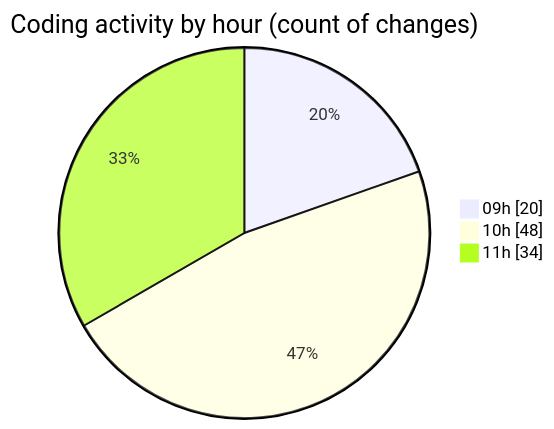
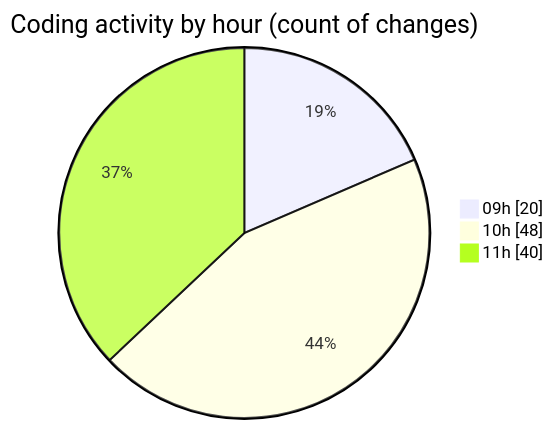
One commit to robertbonfada/code-tracking changed the second of 2 diagrams in 2025-03-19/peregrino-web/README.md. Above: the diagram before and after it, drawn with Mermaid. The commit also changed other lines of this file and 1 other file, not shown here.

````diff
--- a/2025-03-19/peregrino-web/README.md
+++ b/2025-03-19/peregrino-web/README.md
@@ -46,7 +46,7 @@
 ```mermaid
 pie showData
 title Coding activity by hour (count of changes)
 "09h" : 20
 "10h" : 48
-"11h" : 34
+"11h" : 40
 ```
````
